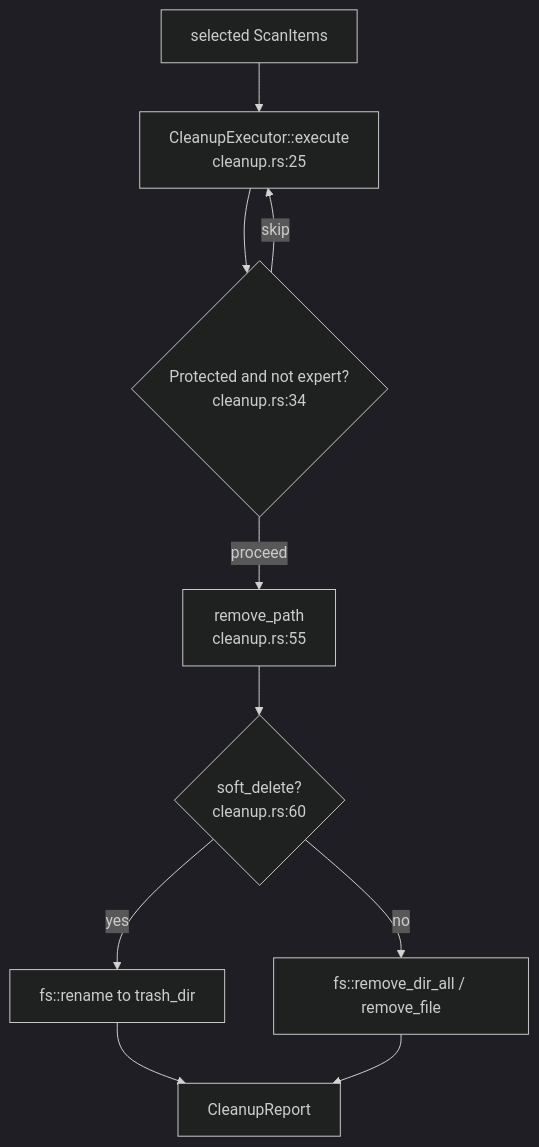
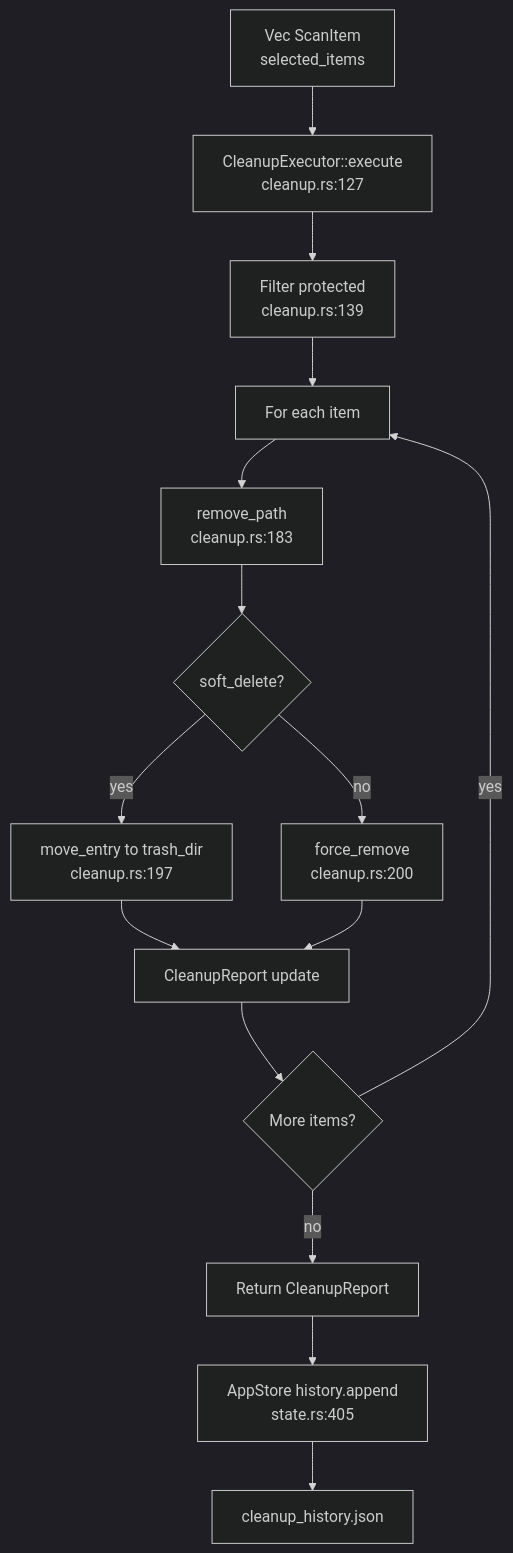
Before and after one commit to sopaco/CLV3000-Plus: the diagram in .terrain/human/4.Deep-Exploration/cleanup.md, drawn with Mermaid (dark theme). The commit also changed other lines of this file and 14 other files, not shown here.

````diff
--- a/.terrain/human/4.Deep-Exploration/cleanup.md
+++ b/.terrain/human/4.Deep-Exploration/cleanup.md
@@ -42,12 +54,17 @@
 ```mermaid
 flowchart TD
-    A["selected ScanItems"] --> B["CleanupExecutor::execute<br/>cleanup.rs:25"]
-    B --> C{"Protected and not expert?<br/>cleanup.rs:34"}
-    C -->|skip| B
-    C -->|proceed| D["remove_path<br/>cleanup.rs:55"]
-    D --> E{"soft_delete?<br/>cleanup.rs:60"}
-    E -->|yes| F["fs::rename to trash_dir"]
-    E -->|no| G["fs::remove_dir_all / remove_file"]
-    F --> H["CleanupReport"]
-    G --> H
+    A["Vec ScanItem<br/>selected_items"] --> B["CleanupExecutor::execute<br/>cleanup.rs:127"]
+    B --> C["Filter protected<br/>cleanup.rs:139"]
+    C --> D["For each item"]
+    D --> E["remove_path<br/>cleanup.rs:183"]
+    E --> F{"soft_delete?"}
+    F -->|yes| G["move_entry to trash_dir<br/>cleanup.rs:197"]
+    F -->|no| H["force_remove<br/>cleanup.rs:200"]
+    G --> I["CleanupReport update"]
+    H --> I
+    I --> J{"More items?"}
+    J -->|yes| D
+    J -->|no| K["Return CleanupReport"]
+    K --> L["AppStore history.append<br/>state.rs:405"]
+    L --> M["cleanup_history.json"]
 ```
````
